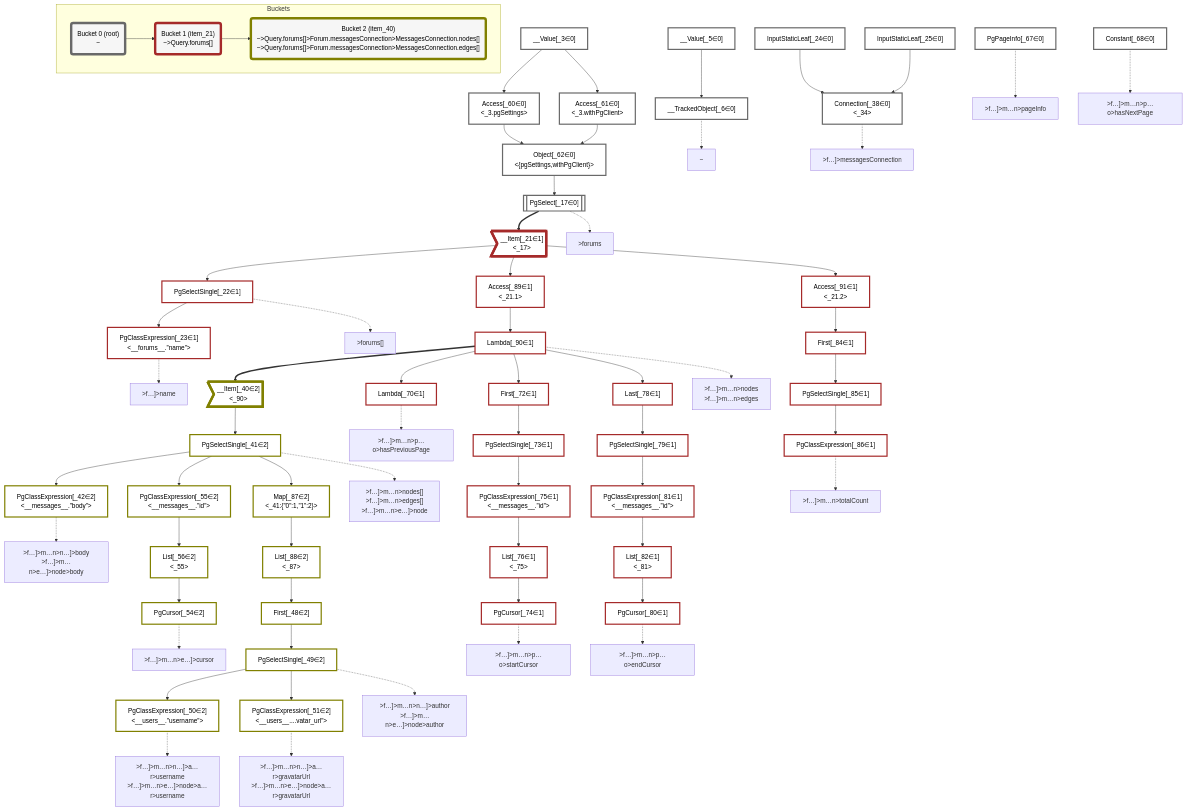
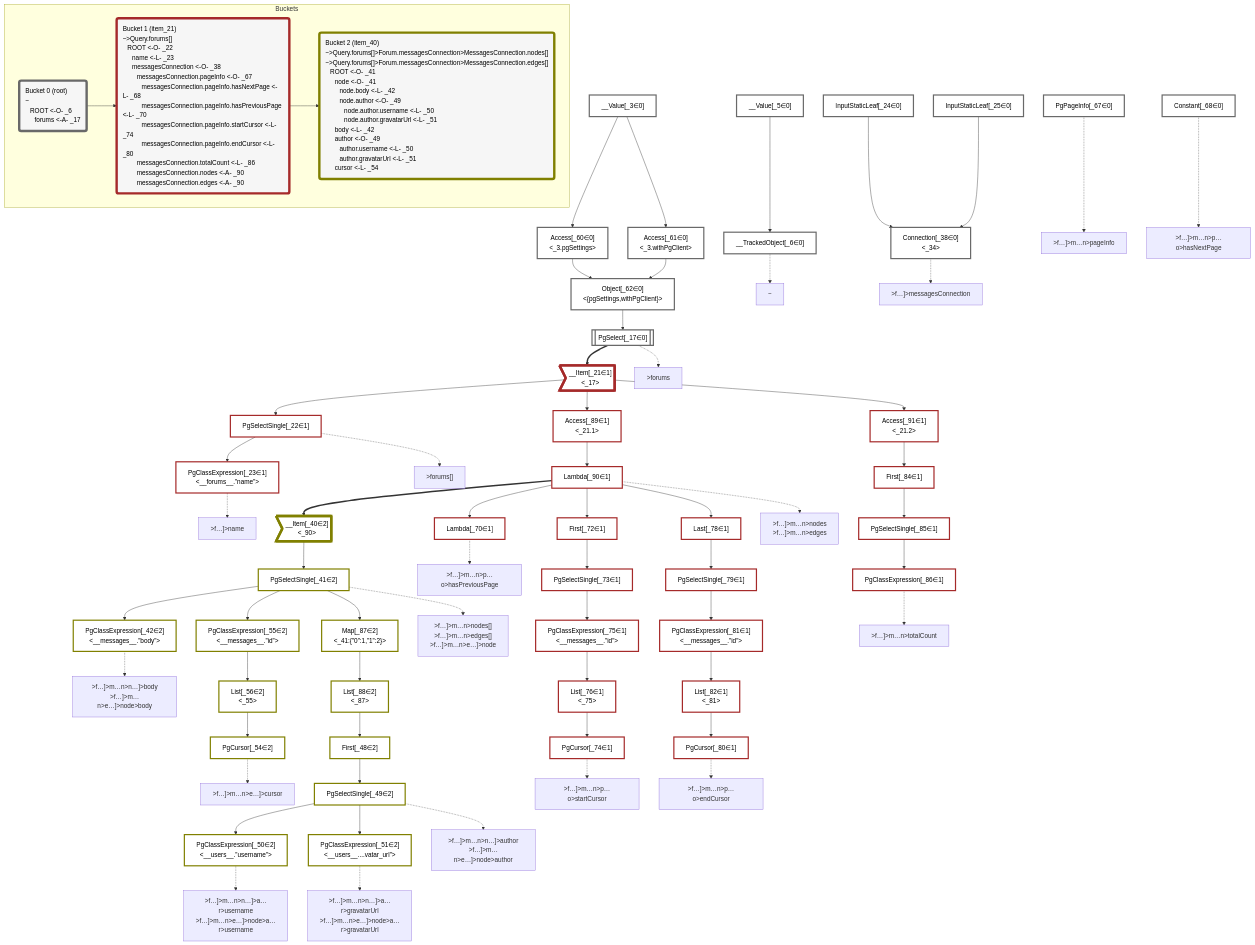
Before and after one commit to graphile/crystal: the diagram in packages/dataplan-pg/__tests__/queries/connections/pagination-when-inlined-backwards.mermaid.md, drawn with Mermaid. The commit also changed 195 other files, not shown here.

```diff
--- a/packages/dataplan-pg/__tests__/queries/connections/pagination-when-inlined-backwards.mermaid.md
+++ b/packages/dataplan-pg/__tests__/queries/connections/pagination-when-inlined-backwards.mermaid.md
@@ -4,7 +4,7 @@
     classDef plan fill:#fff,stroke-width:3px,color:#000
     classDef itemplan fill:#fff,stroke-width:6px,color:#000
     classDef sideeffectplan fill:#f00,stroke-width:6px,color:#000
-    classDef bucket fill:#f6f6f6,color:#000,stroke-width:6px
+    classDef bucket fill:#f6f6f6,color:#000,stroke-width:6px,text-align:left
 
 
     %% define plans
@@ -142,12 +142,12 @@
     class __Item_40,PgSelectSingle_41,PgClassExpression_42,First_48,PgSelectSingle_49,PgClassExpression_50,PgClassExpression_51,PgCursor_54,PgClassExpression_55,List_56,Map_87,List_88 bucket2
 
     subgraph Buckets
-    Bucket0("Bucket 0 (root)<br />~"):::bucket
+    Bucket0("Bucket 0 (root)<br />~<br />⠀ROOT <-O- _6<br />⠀⠀forums <-A- _17"):::bucket
     style Bucket0 stroke:#696969
-    Bucket1("Bucket 1 (item_21)<br />~>Query.forums[]"):::bucket
+    Bucket1("Bucket 1 (item_21)<br />~>Query.forums[]<br />⠀ROOT <-O- _22<br />⠀⠀name <-L- _23<br />⠀⠀messagesConnection <-O- _38<br />⠀⠀⠀messagesConnection.pageInfo <-O- _67<br />⠀⠀⠀⠀messagesConnection.pageInfo.hasNextPage <-L- _68<br />⠀⠀⠀⠀messagesConnection.pageInfo.hasPreviousPage <-L- _70<br />⠀⠀⠀⠀messagesConnection.pageInfo.startCursor <-L- _74<br />⠀⠀⠀⠀messagesConnection.pageInfo.endCursor <-L- _80<br />⠀⠀⠀messagesConnection.totalCount <-L- _86<br />⠀⠀⠀messagesConnection.nodes <-A- _90<br />⠀⠀⠀messagesConnection.edges <-A- _90"):::bucket
     style Bucket1 stroke:#a52a2a
     Bucket0 --> Bucket1
-    Bucket2("Bucket 2 (item_40)<br />~>Query.forums[]>Forum.messagesConnection>MessagesConnection.nodes[]<br />~>Query.forums[]>Forum.messagesConnection>MessagesConnection.edges[]"):::bucket
+    Bucket2("Bucket 2 (item_40)<br />~>Query.forums[]>Forum.messagesConnection>MessagesConnection.nodes[]<br />~>Query.forums[]>Forum.messagesConnection>MessagesConnection.edges[]<br />⠀ROOT <-O- _41<br />⠀⠀node <-O- _41<br />⠀⠀⠀node.body <-L- _42<br />⠀⠀⠀node.author <-O- _49<br />⠀⠀⠀⠀node.author.username <-L- _50<br />⠀⠀⠀⠀node.author.gravatarUrl <-L- _51<br />⠀⠀body <-L- _42<br />⠀⠀author <-O- _49<br />⠀⠀⠀author.username <-L- _50<br />⠀⠀⠀author.gravatarUrl <-L- _51<br />⠀⠀cursor <-L- _54"):::bucket
     style Bucket2 stroke:#808000
     Bucket1 --> Bucket2
     end
```
